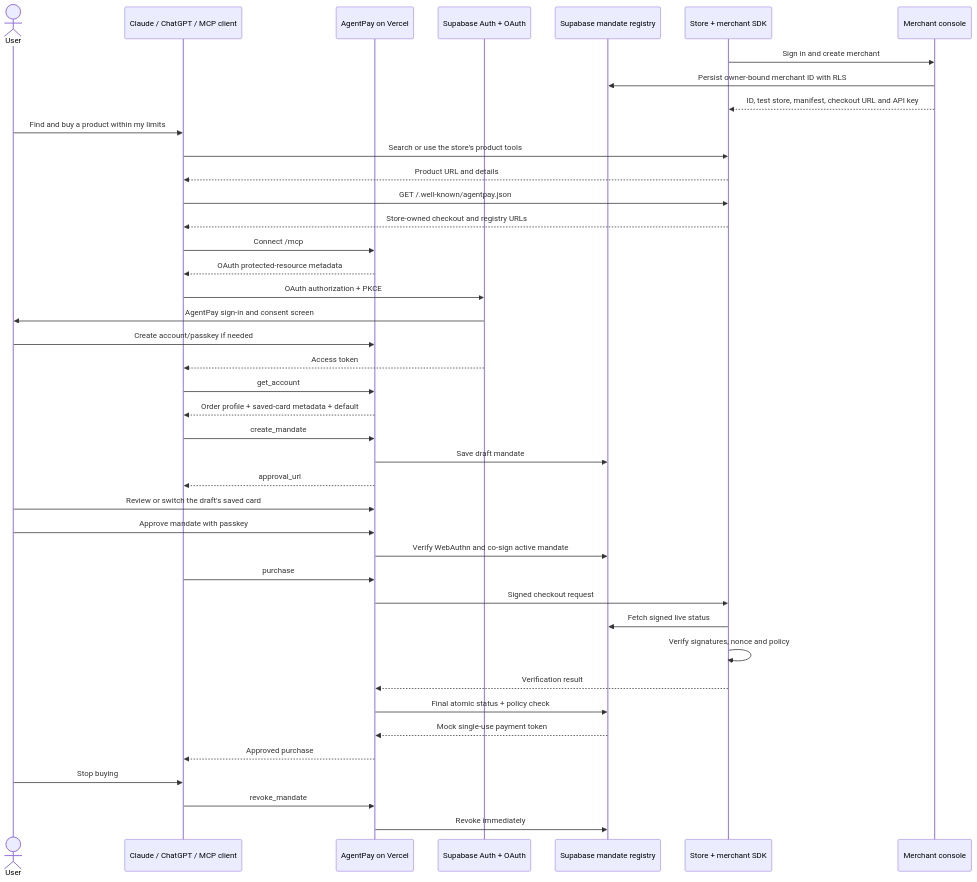
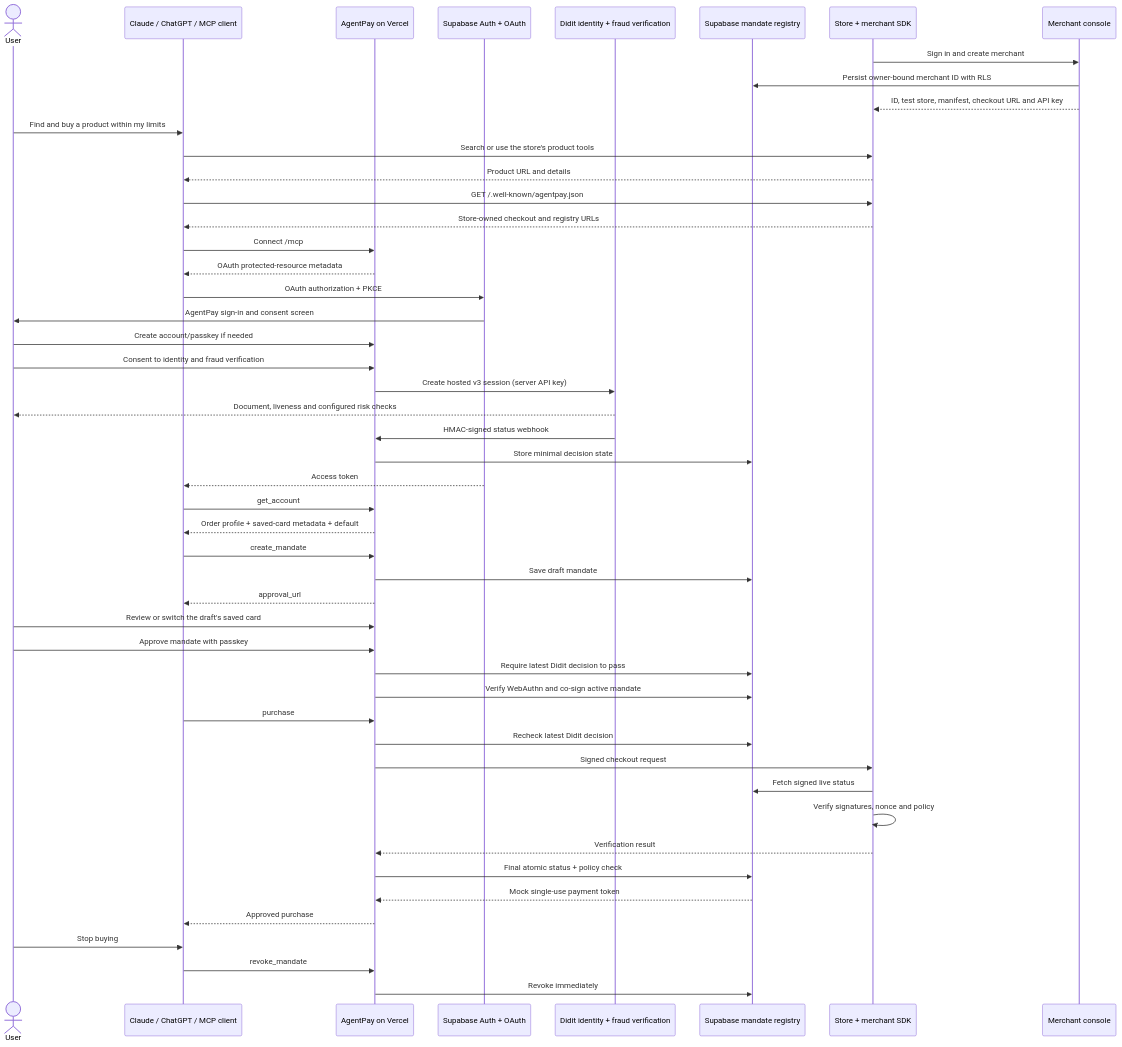
The diagram in docs/architecture.md (pedroschott/hackatonyuno), drawn with Mermaid before and after one commit. The commit also changed other lines of this file and 25 other files, not shown here.

Commit message:
feat: add Didit fraud verification

````diff
--- a/docs/architecture.md
+++ b/docs/architecture.md
@@ -3,45 +3,53 @@
 ```mermaid
 sequenceDiagram
     actor User
     participant Agent as Claude / ChatGPT / MCP client
     participant AgentPay as AgentPay on Vercel
     participant Auth as Supabase Auth + OAuth
+    participant Didit as Didit identity + fraud verification
     participant Registry as Supabase mandate registry
     participant Store as Store + merchant SDK
     participant Console as Merchant console
 
     Store->>Console: Sign in and create merchant
     Console->>Registry: Persist owner-bound merchant ID with RLS
     Console-->>Store: ID, test store, manifest, checkout URL and API key
 
     User->>Agent: Find and buy a product within my limits
     Agent->>Store: Search or use the store's product tools
     Store-->>Agent: Product URL and details
     Agent->>Store: GET /.well-known/agentpay.json
     Store-->>Agent: Store-owned checkout and registry URLs
     Agent->>AgentPay: Connect /mcp
     AgentPay-->>Agent: OAuth protected-resource metadata
     Agent->>Auth: OAuth authorization + PKCE
     Auth->>User: AgentPay sign-in and consent screen
     User->>AgentPay: Create account/passkey if needed
+    User->>AgentPay: Consent to identity and fraud verification
+    AgentPay->>Didit: Create hosted v3 session (server API key)
+    Didit-->>User: Document, liveness and configured risk checks
+    Didit->>AgentPay: HMAC-signed status webhook
+    AgentPay->>Registry: Store minimal decision state
     Auth-->>Agent: Access token
     Agent->>AgentPay: get_account
     AgentPay-->>Agent: Order profile + saved-card metadata + default
     Agent->>AgentPay: create_mandate
     AgentPay->>Registry: Save draft mandate
     AgentPay-->>Agent: approval_url
     User->>AgentPay: Review or switch the draft's saved card
     User->>AgentPay: Approve mandate with passkey
+    AgentPay->>Registry: Require latest Didit decision to pass
     AgentPay->>Registry: Verify WebAuthn and co-sign active mandate
     Agent->>AgentPay: purchase
+    AgentPay->>Registry: Recheck latest Didit decision
     AgentPay->>Store: Signed checkout request
     Store->>Registry: Fetch signed live status
     Store->>Store: Verify signatures, nonce and policy
     Store-->>AgentPay: Verification result
     AgentPay->>Registry: Final atomic status + policy check
     Registry-->>AgentPay: Mock single-use payment token
     AgentPay-->>Agent: Approved purchase
     User->>Agent: Stop buying
     Agent->>AgentPay: revoke_mandate
     AgentPay->>Registry: Revoke immediately
 ```
````
